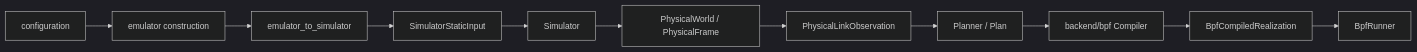
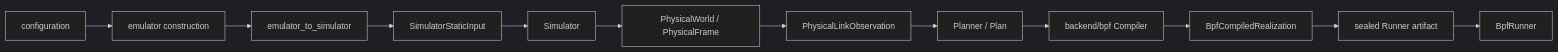
One commit to seed-labs/skyseed changed the diagram in skyseed_v2/src/skyseed_v2/README.md. Above: the diagram before and after it, drawn with Mermaid (dark theme). The commit also changed other lines of this file and 77 other files, not shown here.

````diff
--- a/skyseed_v2/src/skyseed_v2/README.md
+++ b/skyseed_v2/src/skyseed_v2/README.md
@@ -10,13 +10,14 @@
 ```mermaid
 flowchart LR
     CFG["configuration"] --> EMU["emulator construction"]
     EMU --> BRIDGE["emulator_to_simulator"]
     BRIDGE --> INPUT["SimulatorStaticInput"]
     INPUT --> SIM["Simulator"]
     SIM --> PW["PhysicalWorld / PhysicalFrame"]
     PW --> OBS["PhysicalLinkObservation"]
     OBS --> PL["Planner / Plan"]
     PL --> COMP["backend/bpf Compiler"]
     COMP --> REAL["BpfCompiledRealization"]
-    REAL --> RUN["BpfRunner"]
+    REAL --> ART["sealed Runner artifact"]
+    ART --> RUN["BpfRunner"]
 ```
````
